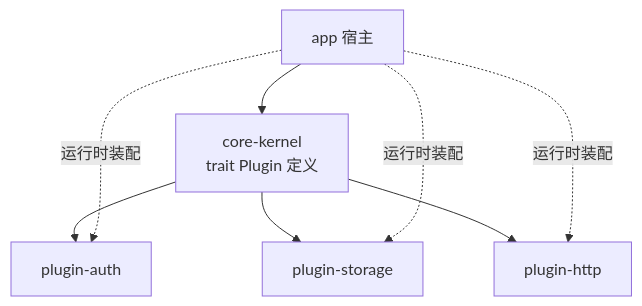
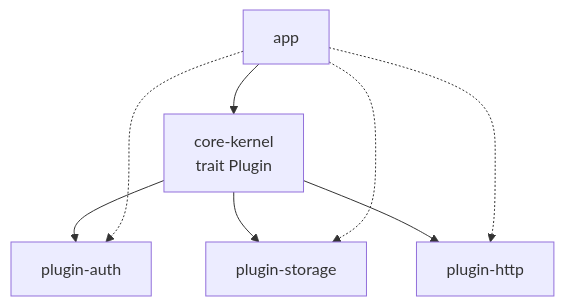
One commit to missercatos/RootStack changed the second of 2 diagrams in rust/4工程/14-Cargo-workspace多包管理.md. Above: the diagram before and after it, drawn with Mermaid. The commit also changed other lines of this file and 59 other files, not shown here.

````diff
--- a/rust/4工程/14-Cargo-workspace多包管理.md
+++ b/rust/4工程/14-Cargo-workspace多包管理.md
@@ -40,10 +40,10 @@
 ```mermaid
 flowchart TD
-    K[core-kernel<br/>trait Plugin 定义] --> P1[plugin-auth]
+    K[core-kernel<br/>trait Plugin ] --> P1[plugin-auth]
     K --> P2[plugin-storage]
     K --> P3[plugin-http]
-    A[app 宿主] --> K
-    A -.运行时装配.-> P1
-    A -.运行时装配.-> P2
-    A -.运行时装配.-> P3
+    A[app ] --> K
+    A -..-> P1
+    A -..-> P2
+    A -..-> P3
 ```
````
